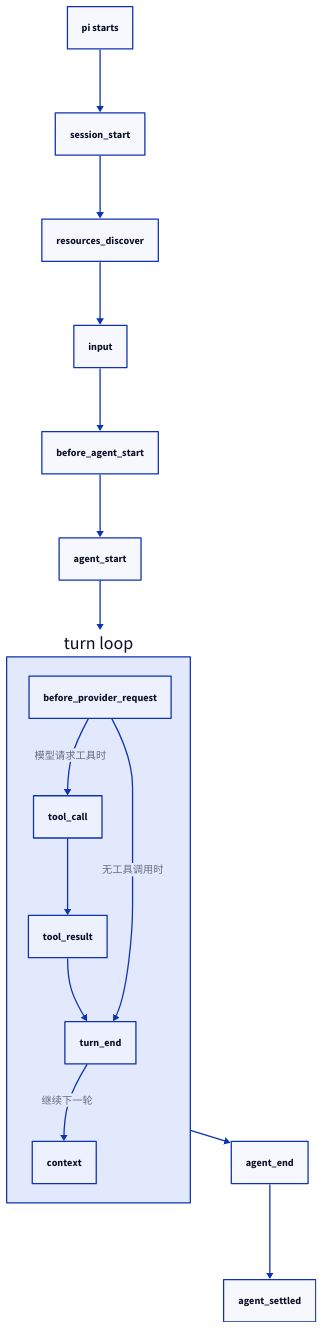
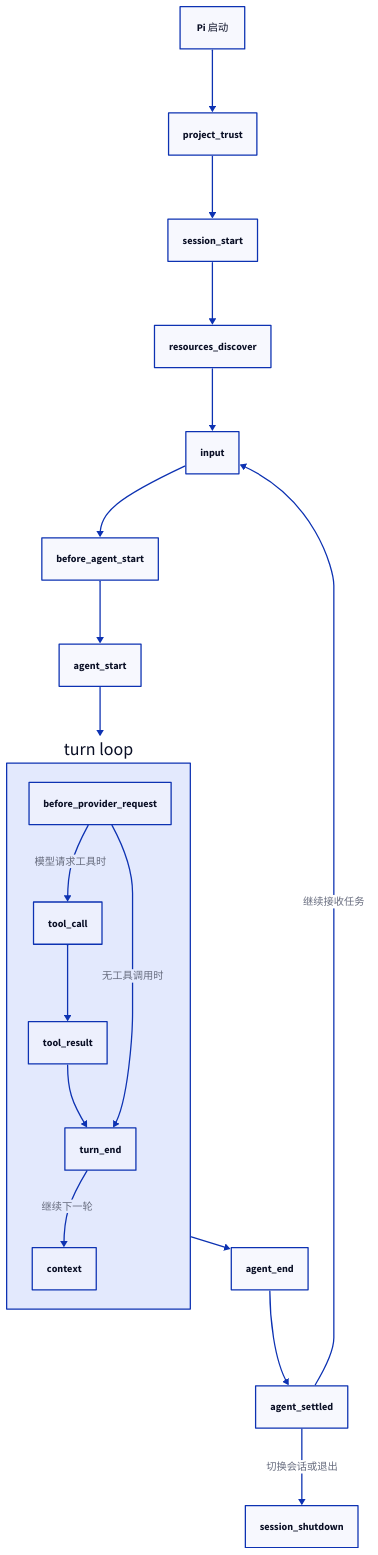
The diagram in apps/docs/ai/Pi Agent/Extensions 如何扩展 Agent.md (youngluo/thinking), drawn with D2 before and after one commit. The commit also changed other lines of this file and 15 other files, not shown here.

````diff
--- a/apps/docs/ai/Pi Agent/Extensions 如何扩展 Agent.md
+++ b/apps/docs/ai/Pi Agent/Extensions 如何扩展 Agent.md
@@ -63,27 +65,31 @@
 ```d2 fold
 direction: down
 
-startup: "pi starts"
+startup: "Pi 启动"
+trust: project_trust
 session: session_start
 discover: resources_discover
 input: input
 before: before_agent_start
 agent: agent_start
 turn: "turn loop" {
   class: group
   context: context
   request: before_provider_request
   toolCall: tool_call
   toolResult: tool_result
   turnEnd: turn_end
   request -> toolCall: "模型请求工具时"
   toolCall -> toolResult
   toolResult -> turnEnd
   request -> turnEnd: "无工具调用时"
   turnEnd -> context: "继续下一轮"
 }
 end: agent_end
 settled: agent_settled
+shutdown: session_shutdown
 
-startup -> session -> discover -> input -> before -> agent -> turn -> end -> settled
+startup -> trust -> session -> discover -> input -> before -> agent -> turn -> end -> settled
+settled -> input: "继续接收任务"
+settled -> shutdown: "切换会话或退出"
 ```
````
